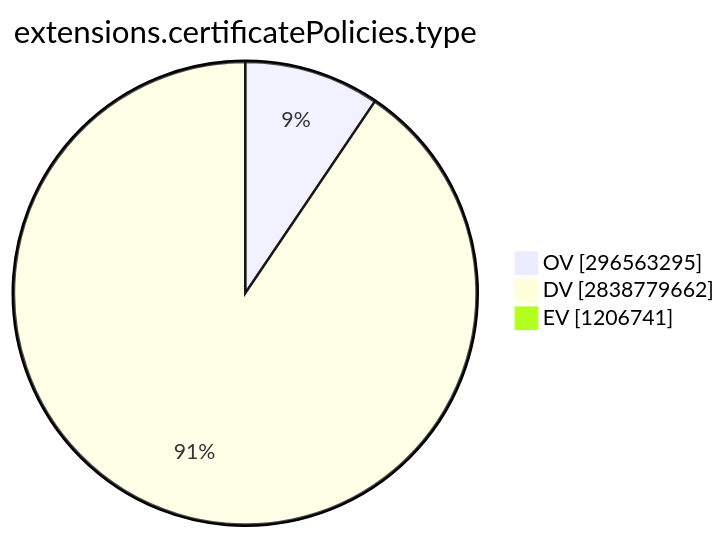
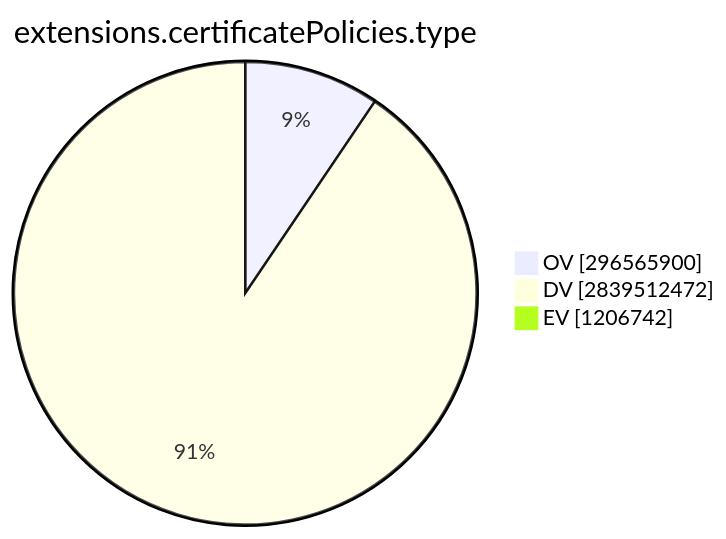
Before and after one commit to christiankrug/ctmonitor_visualization: the ninth of 15 diagrams in TOTAL/README.md, drawn with Mermaid. The commit also changed other lines of this file, not shown here.

````diff
--- a/TOTAL/README.md
+++ b/TOTAL/README.md
@@ -3099,7 +3099,7 @@
 ```mermaid
 pie showData
 title extensions.certificatePolicies.type
-"OV" :296563295
-"DV" :2838779662
-"EV" :1206741
+"OV" :296565900
+"DV" :2839512472
+"EV" :1206742
 ```
````
